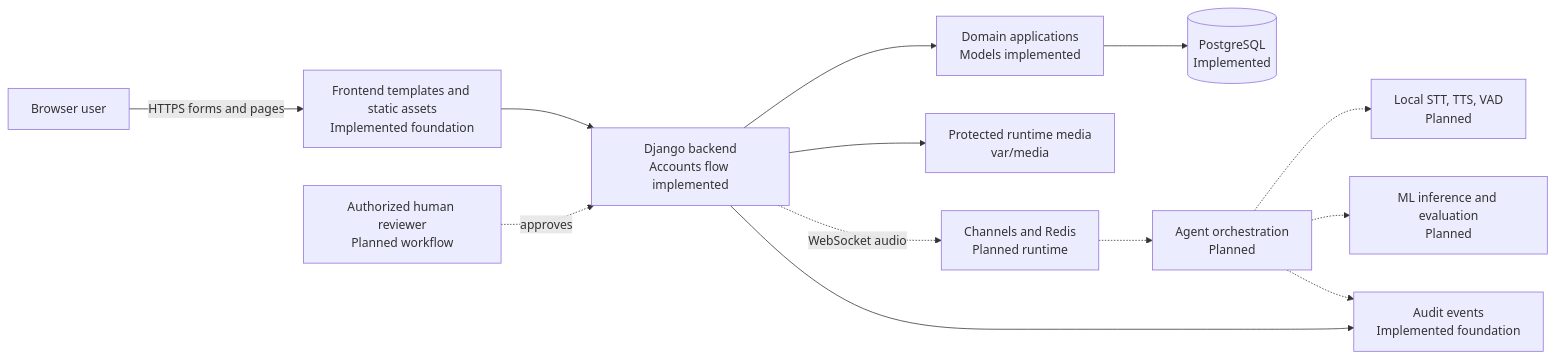
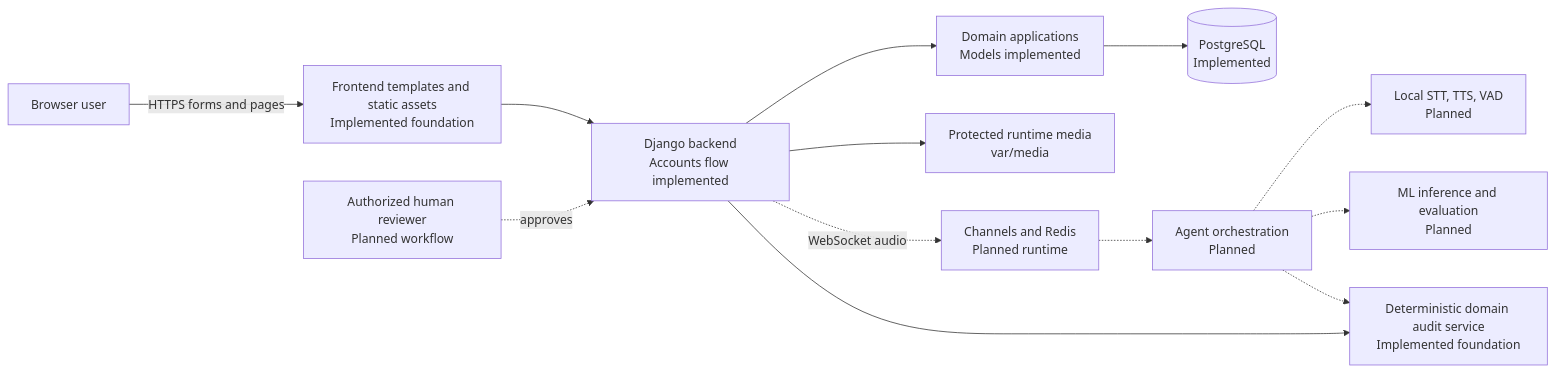
The first of 4 diagrams in docs/ARCHITECTURE.md (hamzadugal21/MultiAgentCaller), drawn with Mermaid before and after one commit. The commit also changed other lines of this file and 7 other files, not shown here.

Commit message:
feat: add deterministic domain audit service

````diff
--- a/docs/ARCHITECTURE.md
+++ b/docs/ARCHITECTURE.md
@@ -13,15 +13,15 @@
 ```mermaid
 flowchart LR
     U[Browser user] -->|HTTPS forms and pages| FE[Frontend templates and static assets<br/>Implemented foundation]
     FE --> DJ[Django backend<br/>Accounts flow implemented]
     DJ --> APPS[Domain applications<br/>Models implemented]
     APPS --> PG[(PostgreSQL<br/>Implemented)]
     DJ --> MEDIA[Protected runtime media<br/>var/media]
     DJ -. WebSocket audio .-> CH[Channels and Redis<br/>Planned runtime]
     CH -.-> ORCH[Agent orchestration<br/>Planned]
     ORCH -.-> SPEECH[Local STT, TTS, VAD<br/>Planned]
     ORCH -.-> ML[ML inference and evaluation<br/>Planned]
-    DJ --> AUDIT[Audit events<br/>Implemented foundation]
+    DJ --> AUDIT[Deterministic domain audit service<br/>Implemented foundation]
     ORCH -.-> AUDIT
     REVIEW[Authorized human reviewer<br/>Planned workflow] -. approves .-> DJ
 ```
````
